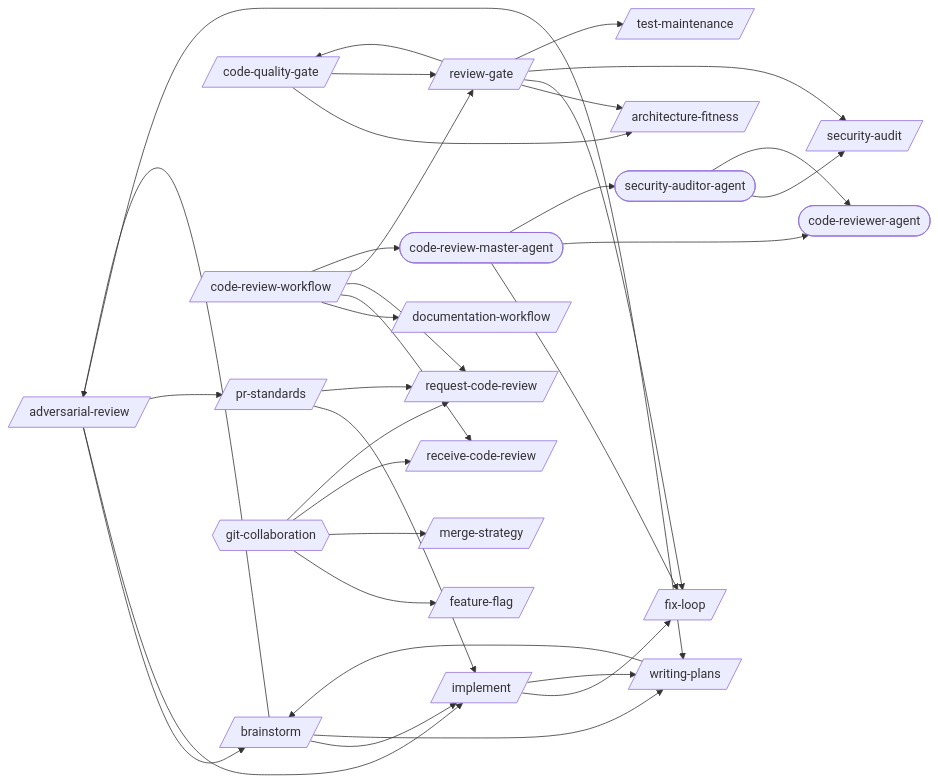
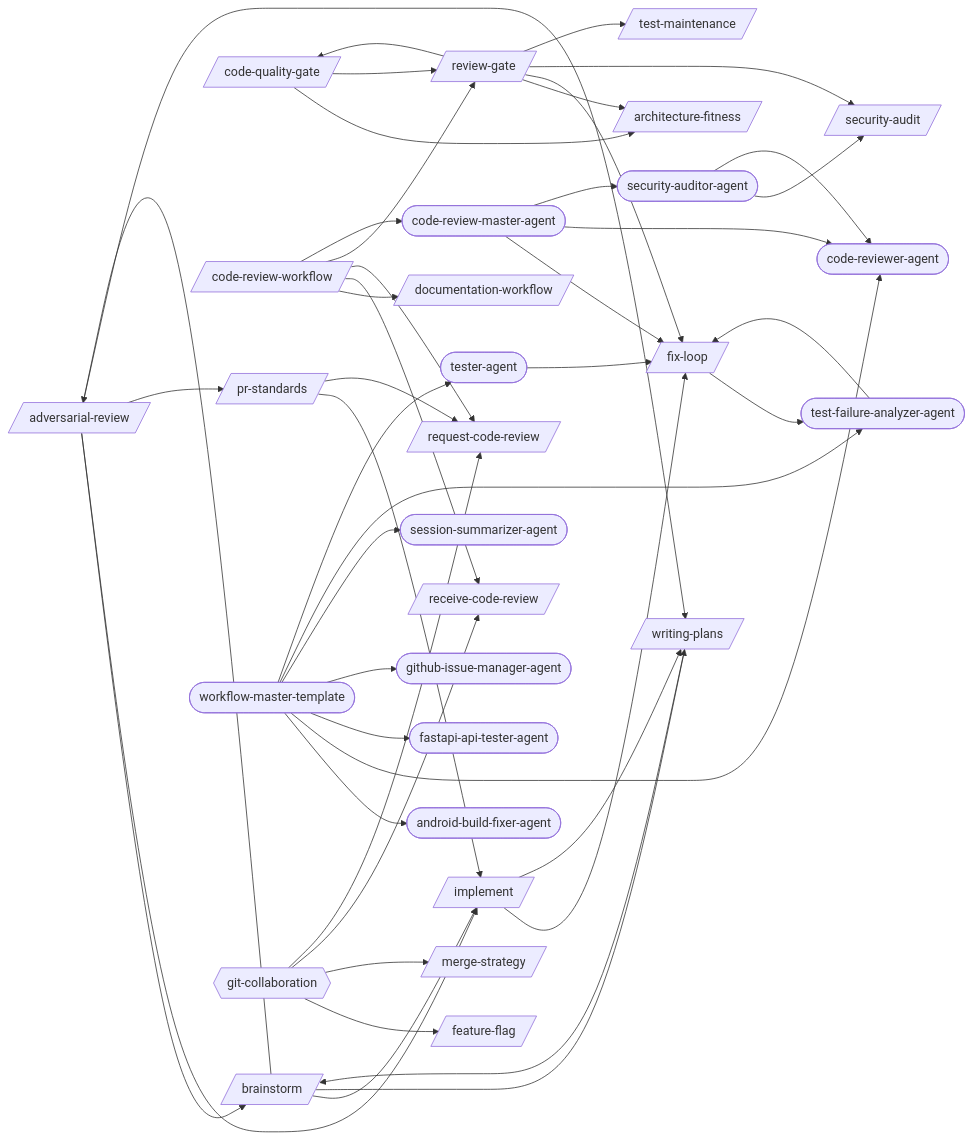
One commit to abhayla/claude-best-practices changed the first of 21 diagrams in docs/workflows/code-review.md. Above: the diagram before and after it, drawn with Mermaid. The commit also changed other lines of this file and 14 other files, not shown here.

````diff
--- a/docs/workflows/code-review.md
+++ b/docs/workflows/code-review.md
@@ -9,57 +9,74 @@
 ```mermaid
 graph LR
     adversarial_review[/adversarial-review/]
     architecture_fitness[/architecture-fitness/]
     brainstorm[/brainstorm/]
     code_quality_gate[/code-quality-gate/]
     code_review_workflow[/code-review-workflow/]
     documentation_workflow[/documentation-workflow/]
     feature_flag[/feature-flag/]
     fix_loop[/fix-loop/]
     implement[/implement/]
     merge_strategy[/merge-strategy/]
     pr_standards[/pr-standards/]
     receive_code_review[/receive-code-review/]
     request_code_review[/request-code-review/]
     review_gate[/review-gate/]
     security_audit[/security-audit/]
     test_maintenance[/test-maintenance/]
     writing_plans[/writing-plans/]
+    android_build_fixer_agent([android-build-fixer-agent])
     code_review_master_agent([code-review-master-agent])
     code_reviewer_agent([code-reviewer-agent])
+    fastapi_api_tester_agent([fastapi-api-tester-agent])
+    github_issue_manager_agent([github-issue-manager-agent])
     security_auditor_agent([security-auditor-agent])
+    session_summarizer_agent([session-summarizer-agent])
+    test_failure_analyzer_agent([test-failure-analyzer-agent])
+    tester_agent([tester-agent])
+    workflow_master_template([workflow-master-template])
     git_collaboration{{git-collaboration}}
     adversarial_review --> brainstorm
     adversarial_review --> implement
     adversarial_review --> pr_standards
     adversarial_review --> writing_plans
     brainstorm --> adversarial_review
     brainstorm --> implement
     brainstorm --> writing_plans
     code_quality_gate --> architecture_fitness
     code_quality_gate --> review_gate
     code_review_workflow --> documentation_workflow
     code_review_workflow --> receive_code_review
     code_review_workflow --> request_code_review
     code_review_workflow --> review_gate
     code_review_workflow --> code_review_master_agent
+    fix_loop --> test_failure_analyzer_agent
     implement --> fix_loop
     implement --> writing_plans
     pr_standards --> implement
     pr_standards --> request_code_review
     review_gate --> architecture_fitness
     review_gate --> code_quality_gate
     review_gate --> fix_loop
     review_gate --> security_audit
     review_gate --> test_maintenance
     writing_plans --> brainstorm
     code_review_master_agent --> fix_loop
     code_review_master_agent --> code_reviewer_agent
     code_review_master_agent --> security_auditor_agent
     security_auditor_agent --> security_audit
     security_auditor_agent --> code_reviewer_agent
+    test_failure_analyzer_agent --> fix_loop
+    tester_agent --> fix_loop
+    workflow_master_template --> android_build_fixer_agent
+    workflow_master_template --> code_reviewer_agent
+    workflow_master_template --> fastapi_api_tester_agent
+    workflow_master_template --> github_issue_manager_agent
+    workflow_master_template --> session_summarizer_agent
+    workflow_master_template --> test_failure_analyzer_agent
+    workflow_master_template --> tester_agent
     git_collaboration --> feature_flag
     git_collaboration --> merge_strategy
     git_collaboration --> receive_code_review
     git_collaboration --> request_code_review
 ```
````
